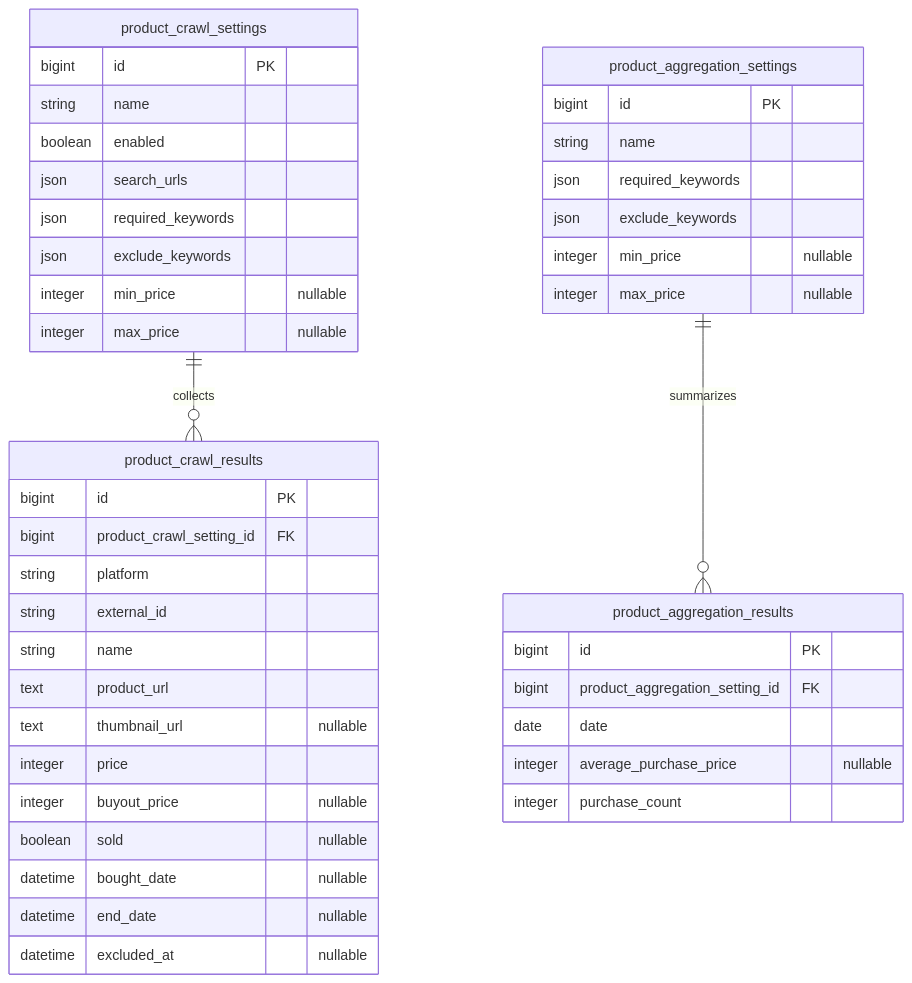
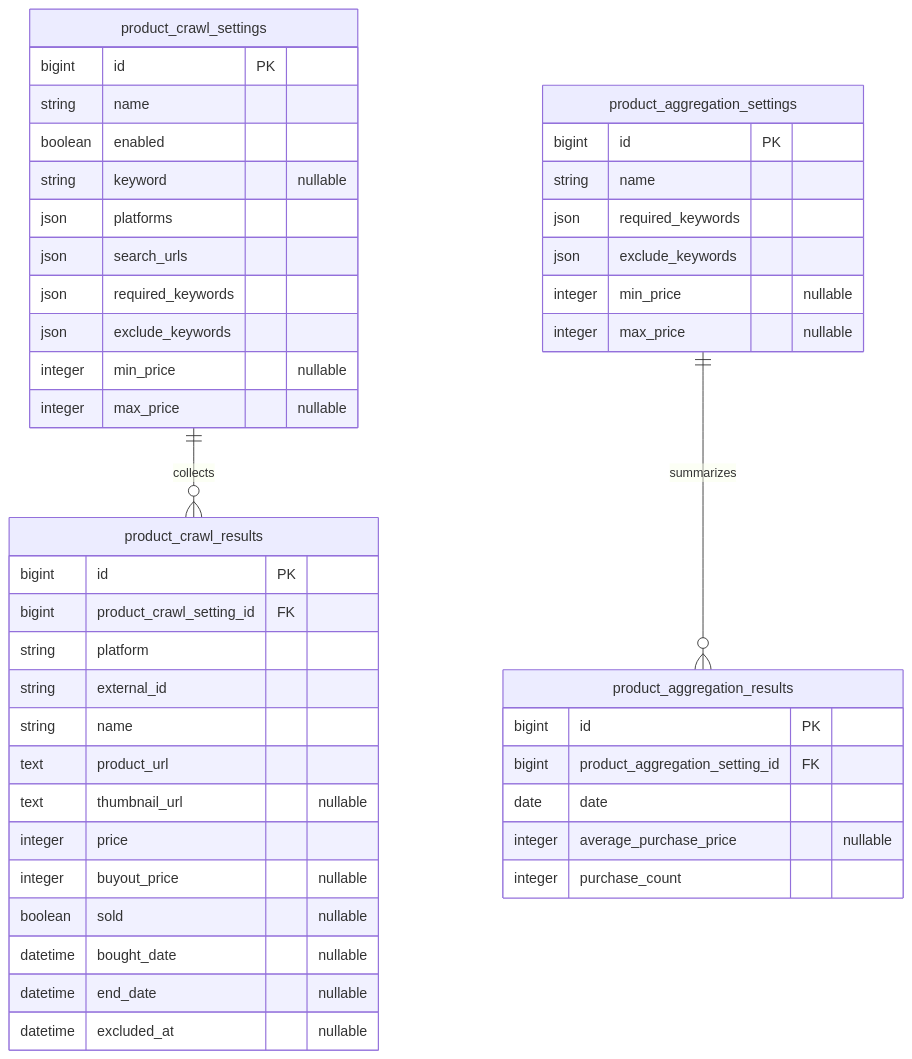
The diagram in docs/specs/product-monitoring/index.md (kuroweb/price-monitoring), drawn with Mermaid before and after one commit. The commit also changed other lines of this file and 23 other files, not shown here.

````diff
--- a/docs/specs/product-monitoring/index.md
+++ b/docs/specs/product-monitoring/index.md
@@ -27,45 +27,47 @@
 ```mermaid
 erDiagram
   product_crawl_settings ||--o{ product_crawl_results : collects
   product_aggregation_settings ||--o{ product_aggregation_results : summarizes
   product_crawl_settings {
     bigint id PK
     string name
     boolean enabled
+    string keyword "nullable"
+    json platforms
     json search_urls
     json required_keywords
     json exclude_keywords
     integer min_price "nullable"
     integer max_price "nullable"
   }
   product_crawl_results {
     bigint id PK
     bigint product_crawl_setting_id FK
     string platform
     string external_id
     string name
     text product_url
     text thumbnail_url "nullable"
     integer price
     integer buyout_price "nullable"
     boolean sold "nullable"
     datetime bought_date "nullable"
     datetime end_date "nullable"
     datetime excluded_at "nullable"
   }
   product_aggregation_settings {
     bigint id PK
     string name
     json required_keywords
     json exclude_keywords
     integer min_price "nullable"
     integer max_price "nullable"
   }
   product_aggregation_results {
     bigint id PK
     bigint product_aggregation_setting_id FK
     date date
     integer average_purchase_price "nullable"
     integer purchase_count
   }
 ```
````
